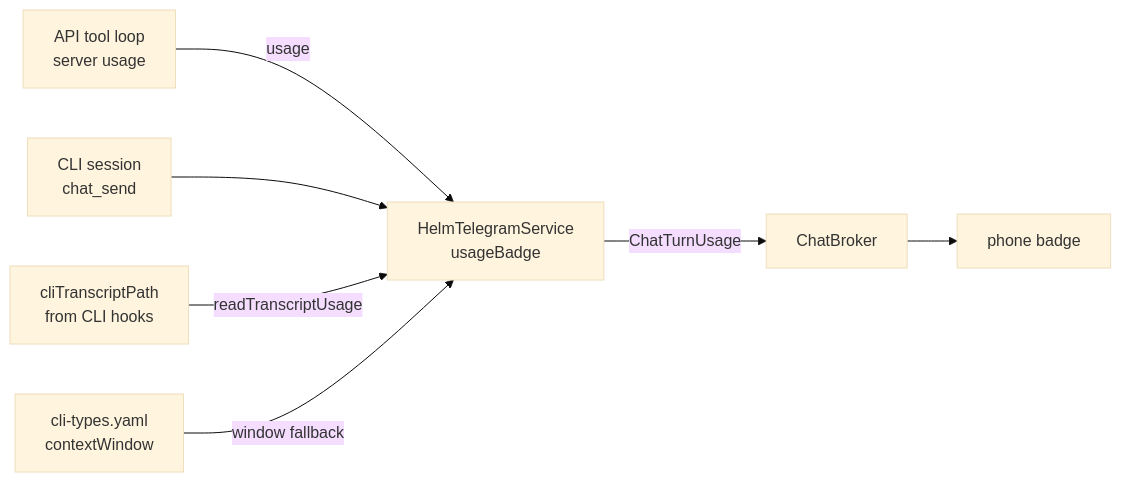
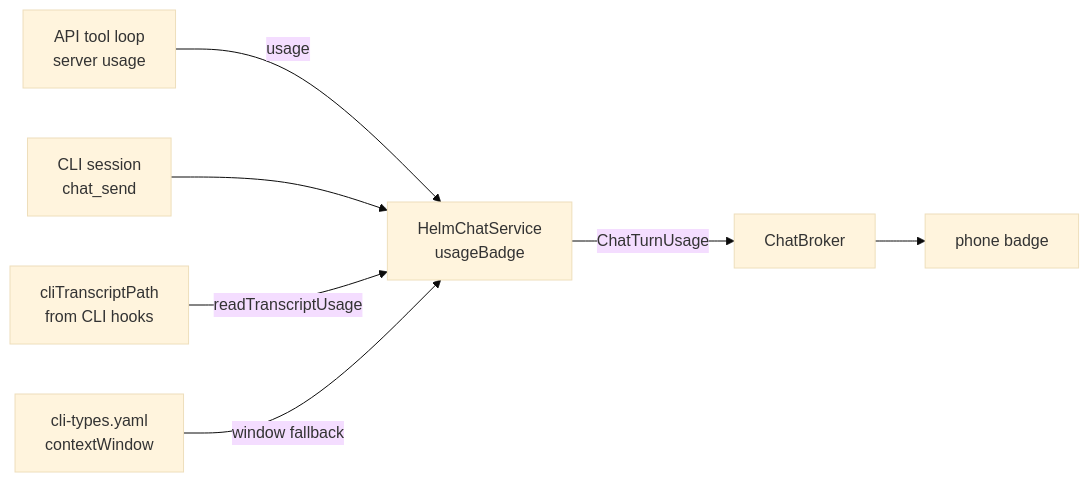
One commit to PetePeter/helm changed the sixth of 7 diagrams in docs/chat-fan-out.md. Above: the diagram before and after it, drawn with Mermaid (base theme). The commit also changed other lines of this file and 47 other files, not shown here.

````diff
--- a/docs/chat-fan-out.md
+++ b/docs/chat-fan-out.md
@@ -478,8 +473,8 @@
 ```mermaid
 graph LR
     API[API tool loop<br/>server usage] -->|usage| S
-    CLI[CLI session<br/>chat_send] --> S[HelmTelegramService<br/>usageBadge]
+    CLI[CLI session<br/>chat_send] --> S[HelmChatService<br/>usageBadge]
     T[cliTranscriptPath<br/>from CLI hooks] -->|readTranscriptUsage| S
     C[cli-types.yaml<br/>contextWindow] -->|window fallback| S
     S -->|ChatTurnUsage| B[ChatBroker] --> P[phone badge]
 ```
````
